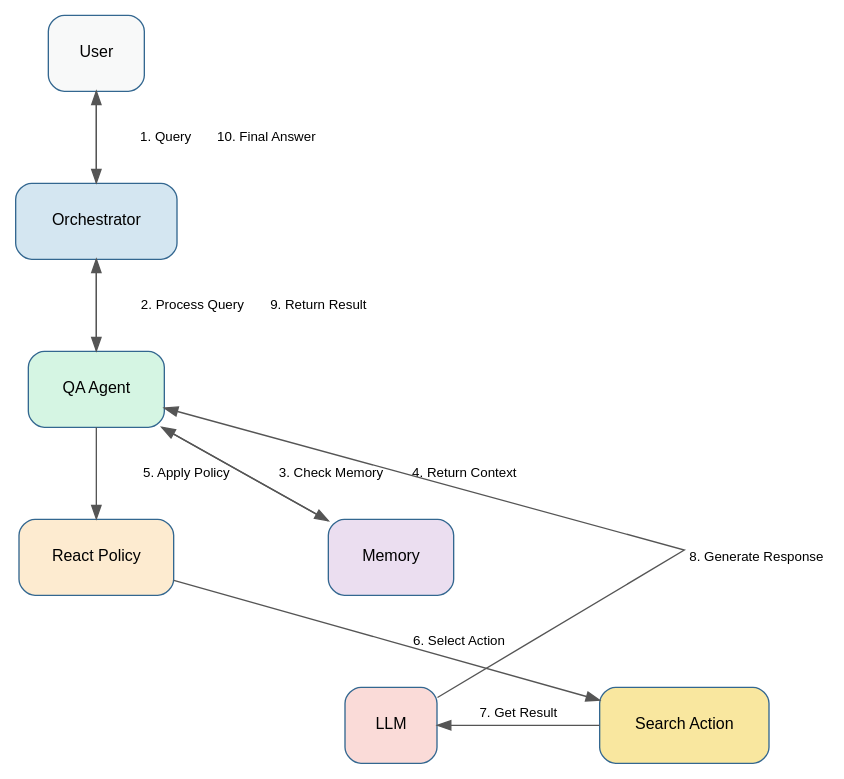
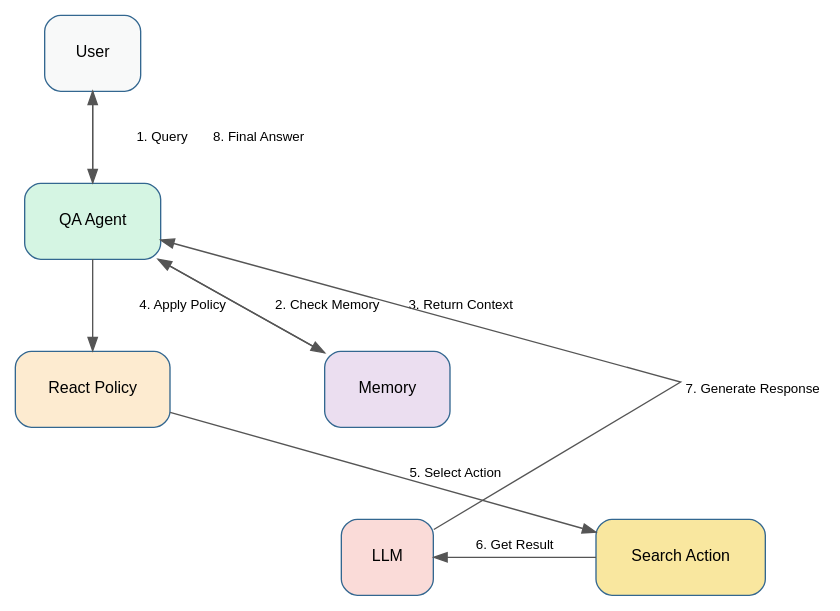
The diagram in docs/_static/sequence.dot (Aggregate-Intellect/sherpa), drawn with Graphviz before and after one commit. The commit also changed 5 other files, not shown here.

Commit message:
Create Concepts and Architecture pages

```diff
--- a/docs/_static/sequence.dot
+++ b/docs/_static/sequence.dot
@@ -1,39 +1,35 @@
 digraph "Sherpa AI Query Flow" {
     graph [fontname="Helvetica", fontsize=14, rankdir=TB, splines=line, nodesep=0.8, ranksep=0.8];
     node [fontname="Helvetica", fontsize=12, shape=box, style="filled,rounded", fillcolor="#f5f5f5", color="#336790", margin=0.3];
     edge [fontname="Helvetica", fontsize=10, color="#555555"];
 
     /* Participants */
     User [fillcolor="#f8f9f9", label="User"];
-    Orchestrator [fillcolor="#d4e6f1", label="Orchestrator"];
     Agent [fillcolor="#d5f5e3", label="QA Agent"];
     Policy [fillcolor="#fdebd0", label="React Policy"];
     Memory [fillcolor="#ebdef0", label="Memory"];
     Model [fillcolor="#fadbd8", label="LLM"];
     Action [fillcolor="#f9e79f", label="Search Action"];
     
     /* Invisible edges for layout */
     edge [style=invis];
-    User -> Orchestrator -> Agent -> Policy -> Memory -> Model -> Action;
+    User -> Agent -> Policy -> Memory -> Model -> Action;
     
     /* Sequence edges */
     edge [style=solid, color="#555555", constraint=false];
     
-    User -> Orchestrator [label="1. Query", constraint=false];
-    Orchestrator -> Agent [label="2. Process Query", constraint=false];
-    Agent -> Memory [label="3. Check Memory", constraint=false];
-    Memory -> Agent [label="4. Return Context", constraint=false];
-    Agent -> Policy [label="5. Apply Policy", constraint=false];
-    Policy -> Action [label="6. Select Action", constraint=false];
-    Action -> Model [label="7. Get Result", constraint=false];
-    Model -> Agent [label="8. Generate Response", constraint=false];
-    Agent -> Orchestrator [label="9. Return Result", constraint=false];
-    Orchestrator -> User [label="10. Final Answer", constraint=false];
+    User -> Agent [label="1. Query", constraint=false];
+    Agent -> Memory [label="2. Check Memory", constraint=false];
+    Memory -> Agent [label="3. Return Context", constraint=false];
+    Agent -> Policy [label="4. Apply Policy", constraint=false];
+    Policy -> Action [label="5. Select Action", constraint=false];
+    Action -> Model [label="6. Get Result", constraint=false];
+    Model -> Agent [label="7. Generate Response", constraint=false];
+    Agent -> User [label="8. Final Answer", constraint=false];
     
     /* Rankings for proper sequence layout */
     { rank=same; User; }
-    { rank=same; Orchestrator; }
     { rank=same; Agent; }
     { rank=same; Policy; Memory; }
     { rank=same; Model; Action; }
 } 
```
